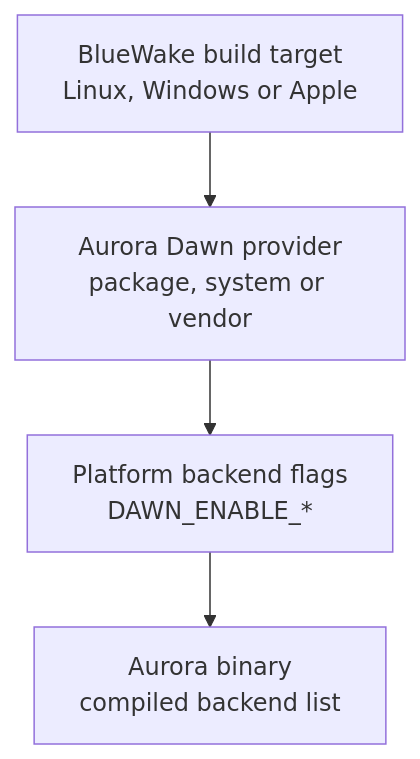
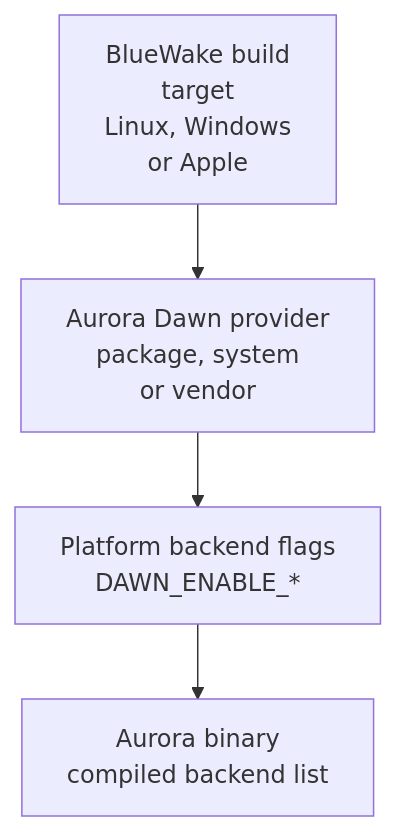
The second of 11 diagrams in docs/architecture/Graphics.md (Aelbannan/boat_of_daphnes), drawn with Mermaid before and after one commit. The commit also changed other lines of this file and 7 other files, not shown here.

Commit message:
Wrap Mermaid diagram labels

````diff
--- a/docs/architecture/Graphics.md
+++ b/docs/architecture/Graphics.md
@@ -141,13 +141,16 @@
 ```mermaid
 flowchart TD
-    Target["`BlueWake build target
-Linux, Windows or Apple`"]
+    Target["`BlueWake build
+target
+Linux, Windows
+or Apple`"]
     Provider["`Aurora Dawn provider
-package, system or vendor`"]
+package, system
+or vendor`"]
     Flags["`Platform backend flags
 DAWN_ENABLE_*`"]
     Aurora["`Aurora binary
 compiled backend list`"]
 
     Target --> Provider --> Flags --> Aurora
 ```
````
